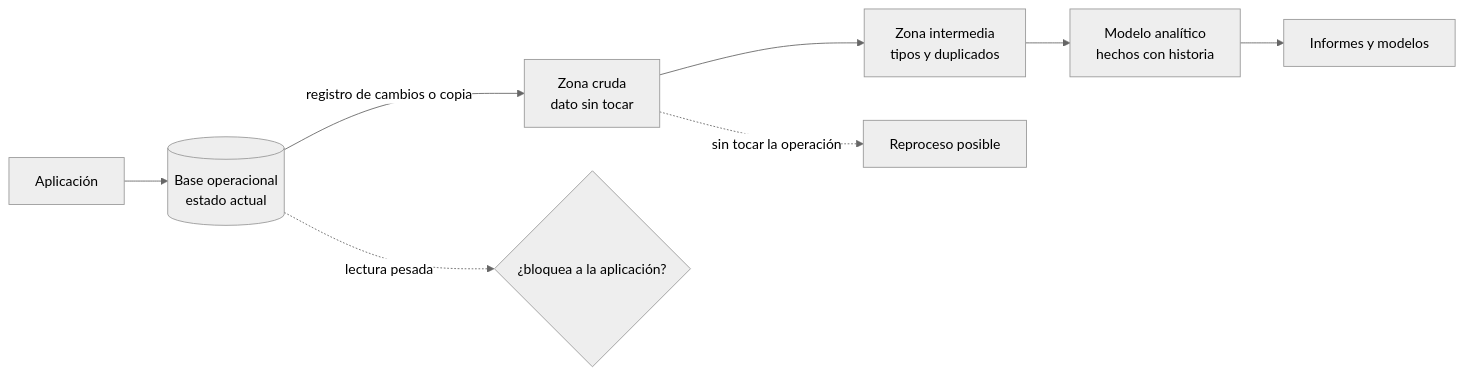
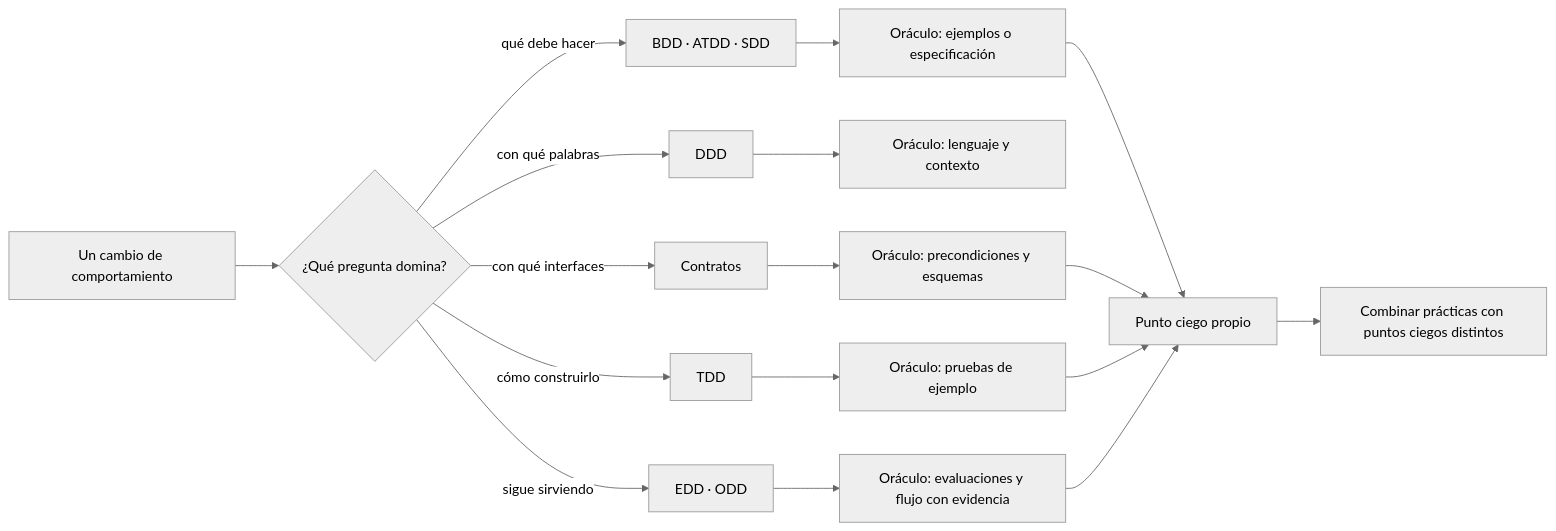
One commit to vladimiracunadev-create/modern-software-engineering-program changed the diagram in content/part-45/SE-541.md. Above: the diagram before and after it, drawn with Mermaid (neutral theme). The commit also changed other lines of this file and 5193 other files, not shown here.

````diff
--- a/content/part-45/SE-541.md
+++ b/content/part-45/SE-541.md
@@ -56,10 +61,19 @@
 ```mermaid
 flowchart LR
-    A[Aplicación] --> B[(Base operacional\nestado actual)]
-    B -->|registro de cambios o copia| C[Zona cruda\ndato sin tocar]
-    C --> D[Zona intermedia\ntipos y duplicados]
-    D --> E[Modelo analítico\nhechos con historia]
-    E --> F[Informes y modelos]
-    B -. lectura pesada .-> G{¿bloquea a la aplicación?}
-    C -. sin tocar la operación .-> H[Reproceso posible]
+    A[Un cambio de comportamiento] --> B{¿Qué pregunta domina?}
+    B -->|qué debe hacer| C[BDD · ATDD · SDD]
+    B -->|con qué palabras| D[DDD]
+    B -->|con qué interfaces| E[Contratos]
+    B -->|cómo construirlo| F[TDD]
+    B -->|sigue sirviendo| G[EDD · ODD]
+    C --> H[Oráculo: ejemplos o especificación]
+    D --> I[Oráculo: lenguaje y contexto]
+    E --> J[Oráculo: precondiciones y esquemas]
+    F --> K[Oráculo: pruebas de ejemplo]
+    G --> L[Oráculo: evaluaciones y flujo con evidencia]
+    H --> M[Punto ciego propio]
+    J --> M
+    K --> M
+    L --> M
+    M --> N[Combinar prácticas con puntos ciegos distintos]
 ```
````
